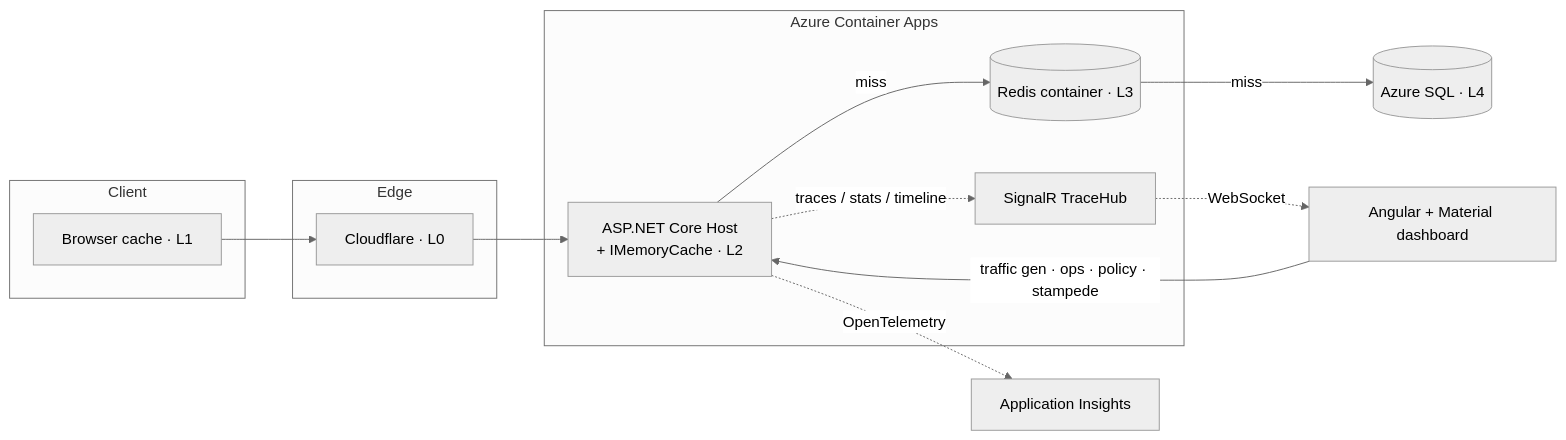
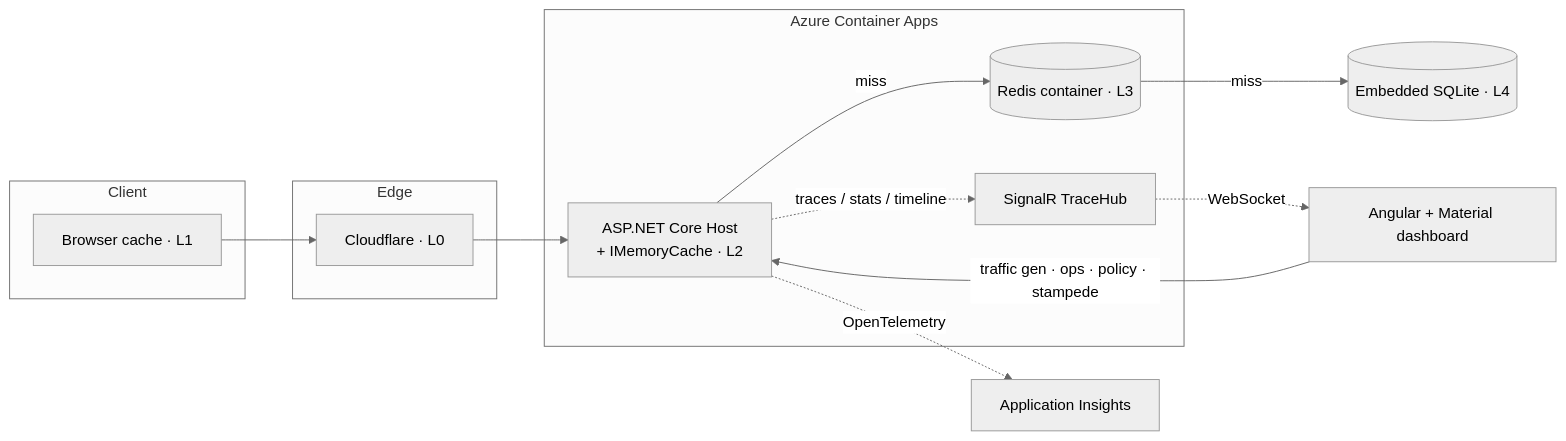
One commit to NiteshVarman/cachescope changed the diagram in README.md. Above: the diagram before and after it, drawn with Mermaid (neutral theme). The commit also changed other lines of this file and 30 other files, not shown here.

First line of the commit message:
Replace Azure SQL (L4) with embedded SQLite to eliminate the database bill

````diff
--- a/README.md
+++ b/README.md
@@ -31,22 +31,22 @@
 ```mermaid
 flowchart LR
     subgraph Client
       B[Browser cache · L1]
     end
     subgraph Edge
       CF[Cloudflare · L0]
     end
     subgraph "Azure Container Apps"
       API[ASP.NET Core Host<br/>+ IMemoryCache · L2]
       RED[(Redis container · L3)]
       HUB[SignalR TraceHub]
     end
-    SQL[(Azure SQL · L4)]
+    SQL[(Embedded SQLite · L4)]
     NG[Angular + Material dashboard]
 
     B --> CF --> API
     API -->|miss| RED -->|miss| SQL
     API -. traces / stats / timeline .-> HUB -. WebSocket .-> NG
     NG -->|traffic gen · ops · policy · stampede| API
     API -. OpenTelemetry .-> AI[Application Insights]
 ```
````
